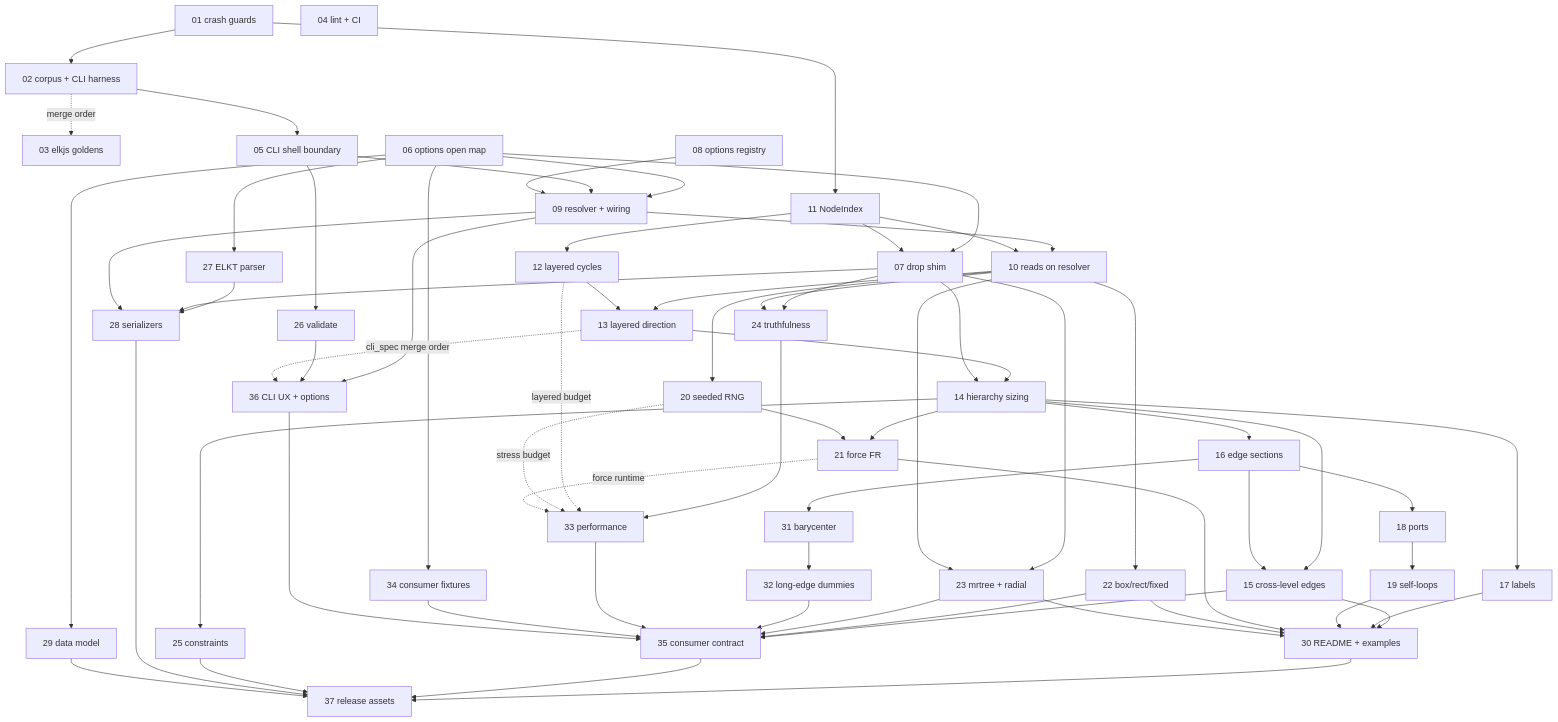
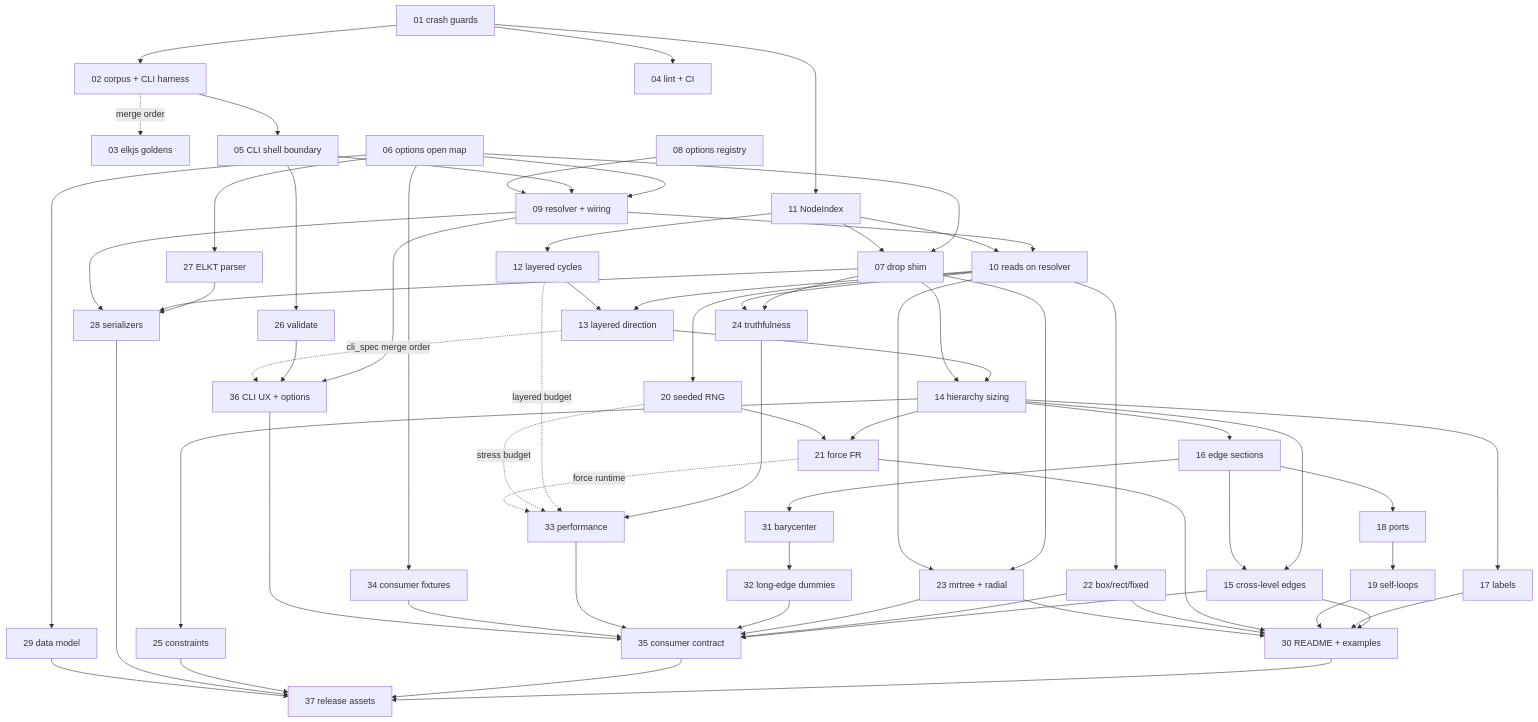
One commit to claricle/elkrb changed the first of 2 diagrams in TODO.remediation/00-overview.md. Above: the diagram before and after it, drawn with Mermaid. The commit also changed other lines of this file and 1 other file, not shown here.

````diff
--- a/TODO.remediation/00-overview.md
+++ b/TODO.remediation/00-overview.md
@@ -45,69 +45,69 @@
 ```mermaid
 flowchart TD
     I01[01 crash guards] --> I02[02 corpus + CLI harness]
     I02 -.merge order.-> I03[03 elkjs goldens]
-    I04[04 lint + CI]
+    I01 --> I04[04 lint + CI]
     I02 --> I05[05 CLI shell boundary]
     I01 --> I11[11 NodeIndex]
     I06[06 options open map] --> I07[07 drop shim]
     I11 --> I07
     I06 --> I09[09 resolver + wiring]
     I05 --> I09
     I08[08 options registry] --> I09
     I09 --> I10[10 reads on resolver]
     I11 --> I10
     I11 --> I12[12 layered cycles]
     I10 --> I13[13 layered direction]
     I12 --> I13
     I13 --> I14[14 hierarchy sizing]
     I07 --> I14
     I14 --> I16[16 edge sections]
     I14 --> I15[15 cross-level edges]
     I16 --> I15
     I14 --> I17[17 labels]
     I16 --> I18[18 ports]
     I18 --> I19[19 self-loops]
     I10 --> I20[20 seeded RNG]
     I14 --> I21[21 force FR]
     I20 --> I21
     I10 --> I22[22 box/rect/fixed]
     I07 --> I23[23 mrtree + radial]
     I10 --> I23
     I07 --> I24[24 truthfulness]
     I10 --> I24
     I14 --> I25[25 constraints]
     I05 --> I26[26 validate]
     I06 --> I27[27 ELKT parser]
     I27 --> I28[28 serializers]
     I07 --> I28
     I09 --> I28
     I06 --> I29[29 data model]
     I06 --> I34[34 consumer fixtures]
     I16 --> I31[31 barycenter]
     I31 --> I32[32 long-edge dummies]
     I24 --> I33[33 performance]
     I09 --> I36[36 CLI UX + options]
     I26 --> I36
     I15 --> I30[30 README + examples]
     I17 --> I30
     I19 --> I30
     I21 --> I30
     I22 --> I30
     I23 --> I30
     I15 --> I35[35 consumer contract]
     I22 --> I35
     I23 --> I35
     I32 --> I35
     I33 --> I35
     I34 --> I35
     I36 --> I35
     I30 --> I37[37 release assets]
     I35 --> I37
     I25 --> I37
     I28 --> I37
     I29 --> I37
     I12 -.layered budget.-> I33
     I20 -.stress budget.-> I33
     I21 -.force runtime.-> I33
     I13 -.cli_spec merge order.-> I36
 ```
````
